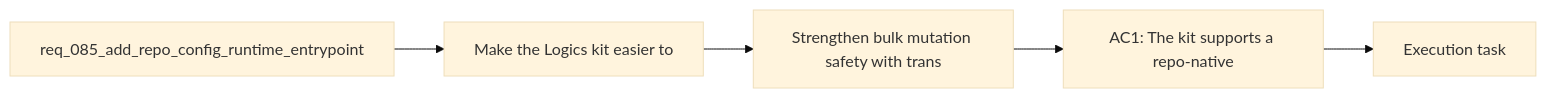
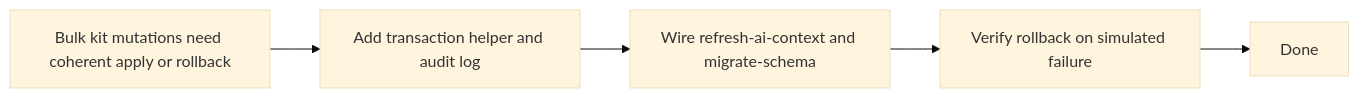
One commit to AlexAgo83/logics-manager changed the diagram in logics/backlog/item_133_strengthen_bulk_mutation_safety_with_transactional_apply_or_rollback_semantics.md. Above: the diagram before and after it, drawn with Mermaid (base theme). The commit also changed other lines of this file and 7 other files, not shown here.

Commit message:
Finish req_085 runtime delivery and close task_097

````diff
--- a/logics/backlog/item_133_strengthen_bulk_mutation_safety_with_transactional_apply_or_rollback_semantics.md
+++ b/logics/backlog/item_133_strengthen_bulk_mutation_safety_with_transactional_apply_or_rollback_semantics.md
@@ -22,9 +25,9 @@
 ```mermaid
 %% logics-kind: backlog
-%% logics-signature: backlog|strengthen-bulk-mutation-safety-with-tra|req-082-strengthen-logics-kit-primitives|make-the-logics-kit-easier-to|ac1-the-kit-supports-a-repo-native
+%% logics-signature: backlog|strengthen-bulk-mutation-safety-with-tra|req-085-add-repo-config-runtime-entrypoi|preview-only-bulk-mutations-reduced-risk|ac1-bulk-mutation-flows-support-a-config
 flowchart LR
-    Request[req_085_add_repo_config_runtime_entrypoint] --> Problem[Make the Logics kit easier to]
-    Problem --> Scope[Strengthen bulk mutation safety with trans]
-    Scope --> Acceptance[AC1: The kit supports a repo-native]
-    Acceptance --> Tasks[Execution task]
+    Need[Bulk kit mutations need coherent apply or rollback] --> Helper[Add transaction helper and audit log]
+    Helper --> Flow[Wire refresh-ai-context and migrate-schema]
+    Flow --> Test[Verify rollback on simulated failure]
+    Test --> Done[Done]
 ```
````
